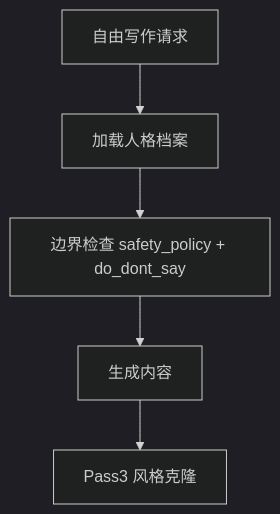
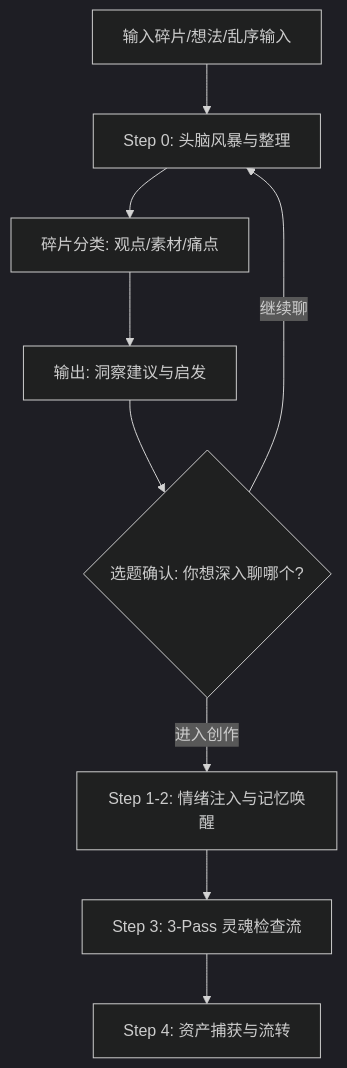
The fifth of 9 diagrams in README.md (xhanzo-coder/creator-digital-twin-skill), drawn with Mermaid (dark theme) before and after one commit. The commit also changed other lines of this file and 8 other files, not shown here.

````diff
--- a/README.md
+++ b/README.md
@@ -173,7 +177,13 @@
 ```mermaid
 flowchart TD
-    D1[自由写作请求] --> D2[加载人格档案]
-    D2 --> D3[边界检查 safety_policy + do_dont_say]
-    D3 --> D4[生成内容]
-    D4 --> D5[Pass3 风格克隆]
+    D1[输入碎片/想法/乱序输入] --> D2[Step 0: 头脑风暴与整理]
+    D2 --> D3[碎片分类: 观点/素材/痛点]
+    D3 --> D4[输出: 洞察建议与启发]
+    D4 --> D5{选题确认: 你想深入聊哪个?}
+    
+    D5 -->|继续聊| D2
+    D5 -->|进入创作| D6[Step 1-2: 情绪注入与记忆唤醒]
+    D6 --> D7[Step 3: 3-Pass 灵魂检查流]
+    
+    D7 --> D8[Step 4: 资产捕获与流转]
 ```
````
